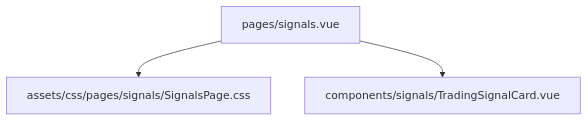
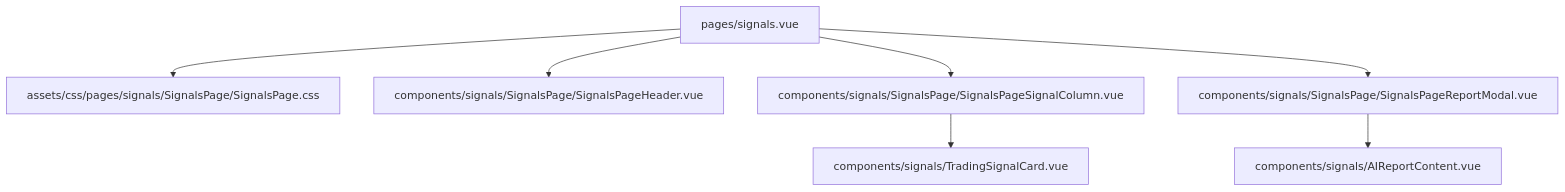
One commit to nryn6563org/fapro_new changed the fourth of 6 diagrams in AI_FAPRO/GUIDE.md. Above: the diagram before and after it, drawn with Mermaid. The commit also changed 39 other files, not shown here.

````diff
--- a/AI_FAPRO/GUIDE.md
+++ b/AI_FAPRO/GUIDE.md
@@ -75,5 +75,9 @@
 ```mermaid
 graph TD
-    Page["pages/signals.vue"] --> CSS_Page["assets/css/pages/signals/SignalsPage.css"]
-    Page --> Card["components/signals/TradingSignalCard.vue"]
+    Page["pages/signals.vue"] --> CSS_Page["assets/css/pages/signals/SignalsPage/SignalsPage.css"]
+    Page --> Header["components/signals/SignalsPage/SignalsPageHeader.vue"]
+    Page --> Column["components/signals/SignalsPage/SignalsPageSignalColumn.vue"]
+    Page --> Modal["components/signals/SignalsPage/SignalsPageReportModal.vue"]
+    Column --> Card["components/signals/TradingSignalCard.vue"]
+    Modal --> Content["components/signals/AIReportContent.vue"]
 ```
````
